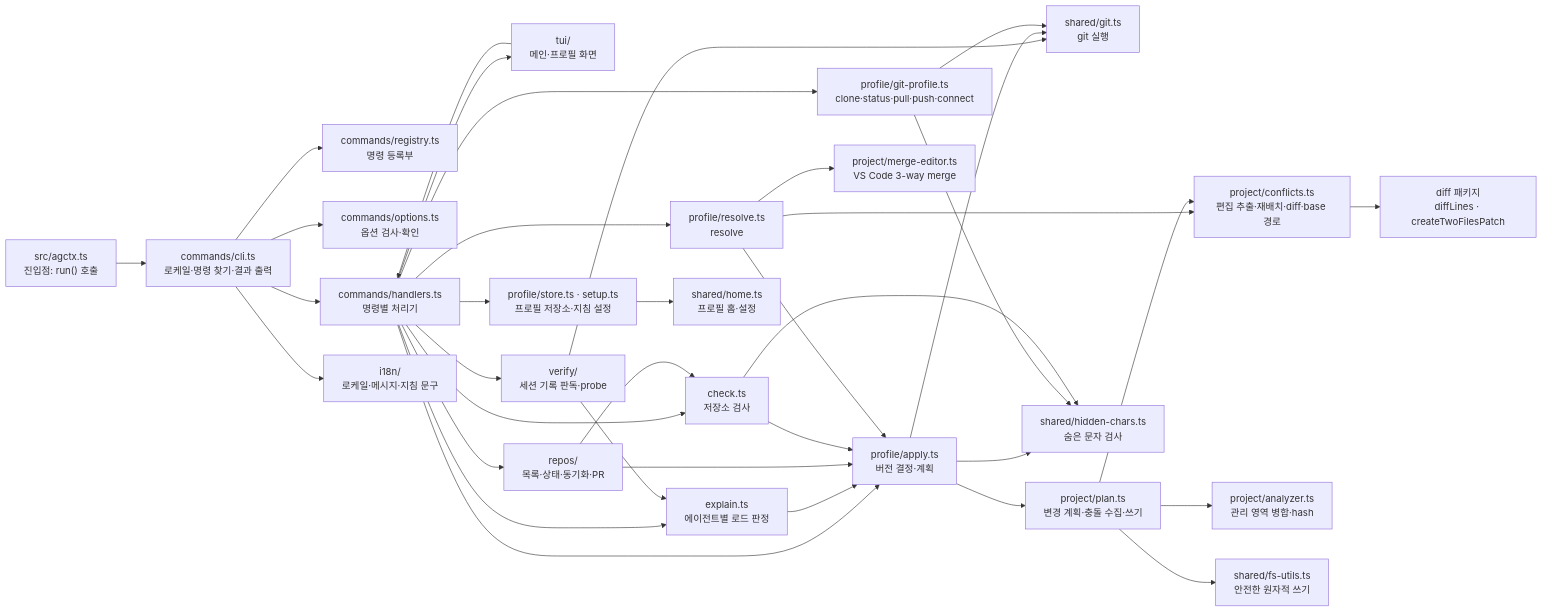
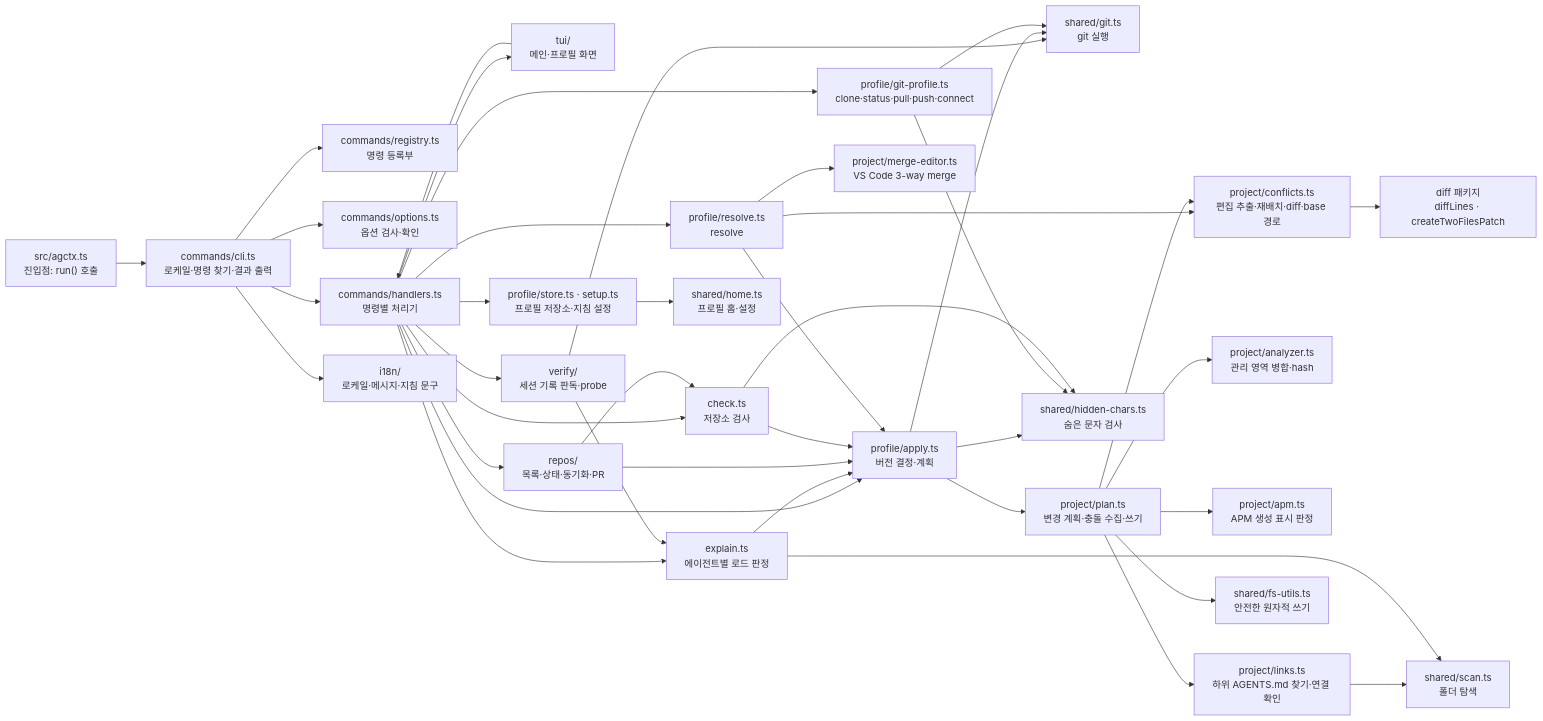
The first of 16 diagrams in docs/architecture/implementation-mechanics.md (IsthisLee/agent-context-manager), drawn with Mermaid before and after one commit. The commit also changed other lines of this file and 26 other files, not shown here.

````diff
--- a/docs/architecture/implementation-mechanics.md
+++ b/docs/architecture/implementation-mechanics.md
@@ -22,38 +22,42 @@
 ```mermaid
 flowchart LR
   entry["src/agctx.ts<br/>진입점: run() 호출"] --> cli["commands/cli.ts<br/>로케일·명령 찾기·결과 출력"]
   cli --> registry["commands/registry.ts<br/>명령 등록부"]
   cli --> options["commands/options.ts<br/>옵션 검사·확인"]
   cli --> handlers["commands/handlers.ts<br/>명령별 처리기"]
   handlers --> tui["tui/<br/>메인·프로필 화면"]
   tui --> handlers
   handlers --> store["profile/store.ts · setup.ts<br/>프로필 저장소·지침 설정"]
   handlers --> apply["profile/apply.ts<br/>버전 결정·계획"]
   handlers --> resolve["profile/resolve.ts<br/>resolve"]
   handlers --> gitprofile["profile/git-profile.ts<br/>clone·status·pull·push·connect"]
   handlers --> check["check.ts<br/>저장소 검사"]
   handlers --> repos["repos/<br/>목록·상태·동기화·PR"]
   handlers --> explain["explain.ts<br/>에이전트별 로드 판정"]
   handlers --> verify["verify/<br/>세션 기록 판독·probe"]
   verify --> explain
   explain --> apply
   verify --> gitrun
   repos --> check
   repos --> apply
   check --> apply
   resolve --> apply
   apply --> plan["project/plan.ts<br/>변경 계획·충돌 수집·쓰기"]
   apply --> gitrun["shared/git.ts<br/>git 실행"]
   gitprofile --> gitrun
   apply --> hidden["shared/hidden-chars.ts<br/>숨은 문자 검사"]
   gitprofile --> hidden
   check --> hidden
   resolve --> merge["project/merge-editor.ts<br/>VS Code 3-way merge"]
   resolve --> conflicts["project/conflicts.ts<br/>편집 추출·재배치·diff·base 경로"]
   plan --> analyzer["project/analyzer.ts<br/>관리 영역 병합·hash"]
+  plan --> apm["project/apm.ts<br/>APM 생성 표시 판정"]
+  plan --> links["project/links.ts<br/>하위 AGENTS.md 찾기·연결 확인"]
+  links --> scan["shared/scan.ts<br/>폴더 탐색"]
+  explain --> scan
   plan --> conflicts
   plan --> fsutils["shared/fs-utils.ts<br/>안전한 원자적 쓰기"]
   store --> home["shared/home.ts<br/>프로필 홈·설정"]
   cli --> i18n["i18n/<br/>로케일·메시지·지침 문구"]
   conflicts --> jsdiff["diff 패키지<br/>diffLines · createTwoFilesPatch"]
 ```
````
